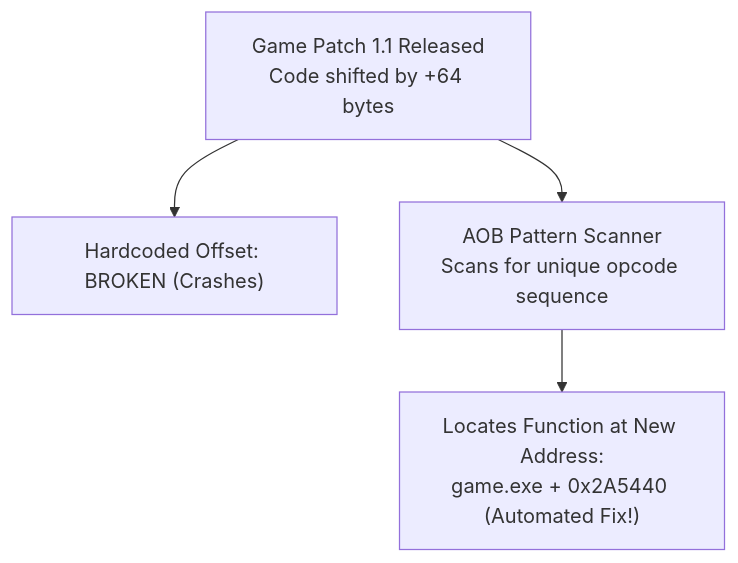
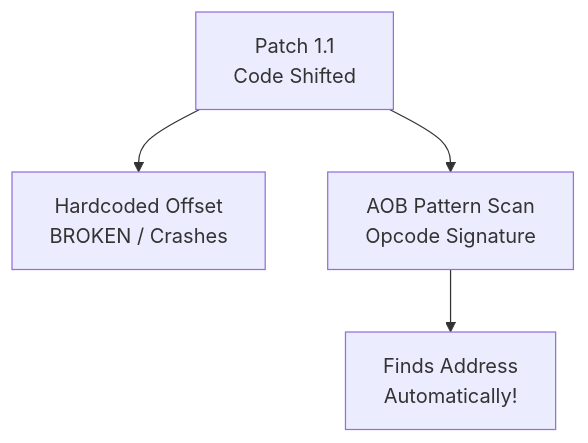
Before and after one commit to DaddyZyn/Cyber-security-notes: the first of 2 diagrams in topics/21-aob-pattern-scanning-and-sigmaking/README.md, drawn with Mermaid. The commit also changed other lines of this file and 7 other files, not shown here.

Commit message:
fix: reformat all diagrams in modules 20-27 with ultra-short line wrapping to prevent GitHub SVG text clipping

````diff
--- a/topics/21-aob-pattern-scanning-and-sigmaking/README.md
+++ b/topics/21-aob-pattern-scanning-and-sigmaking/README.md
@@ -35,6 +35,6 @@
 ```mermaid
 flowchart TD
-    Update["Game Patch 1.1 Released<br/>Code shifted by +64 bytes"] --> Break["Hardcoded Offset: BROKEN (Crashes)"]
-    Update --> Scan["AOB Pattern Scanner<br/>Scans for unique opcode sequence"]
-    Scan --> Found["Locates Function at New Address:<br/>game.exe + 0x2A5440 (Automated Fix!)"]
+    Update["Patch 1.1<br/>Code Shifted"] --> Break["Hardcoded Offset<br/>BROKEN / Crashes"]
+    Update --> Scan["AOB Pattern Scan<br/>Opcode Signature"]
+    Scan --> Found["Finds Address<br/>Automatically!"]
 ```
````
